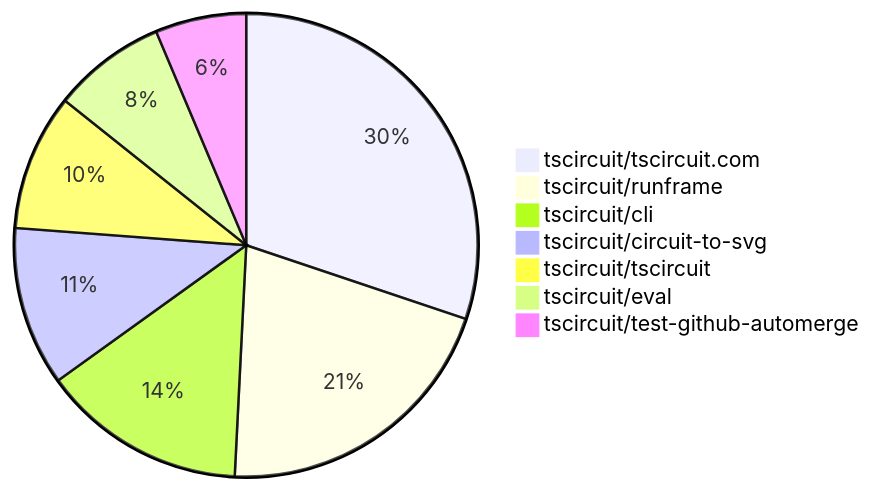
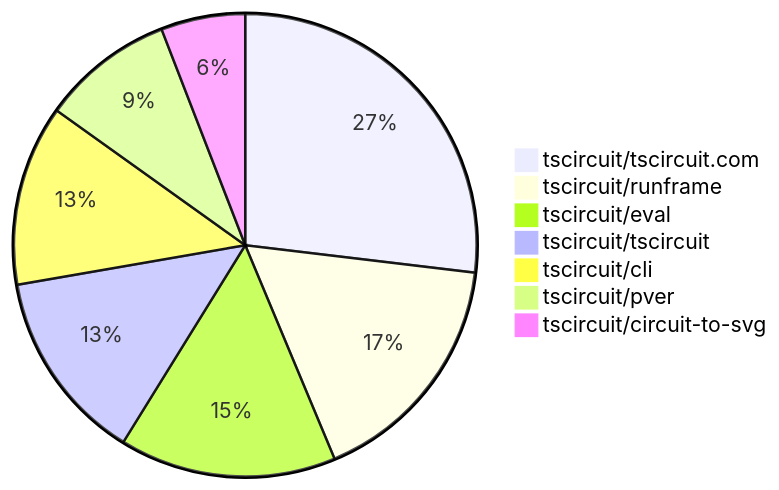
Before and after one commit to tscircuit/contribution-tracker: the second of 2 diagrams in README.md, drawn with Mermaid. The commit also changed other lines of this file and 3 other files, not shown here.

````diff
--- a/README.md
+++ b/README.md
@@ -107,10 +116,10 @@
 ```mermaid
 pie
-    "tscircuit/tscircuit.com" : 19
-    "tscircuit/runframe" : 13
-    "tscircuit/cli" : 9
+    "tscircuit/tscircuit.com" : 32
+    "tscircuit/runframe" : 20
+    "tscircuit/eval" : 18
+    "tscircuit/tscircuit" : 16
+    "tscircuit/cli" : 15
+    "tscircuit/pver" : 11
     "tscircuit/circuit-to-svg" : 7
-    "tscircuit/tscircuit" : 6
-    "tscircuit/eval" : 5
-    "tscircuit/test-github-automerge" : 4
 ```
````
